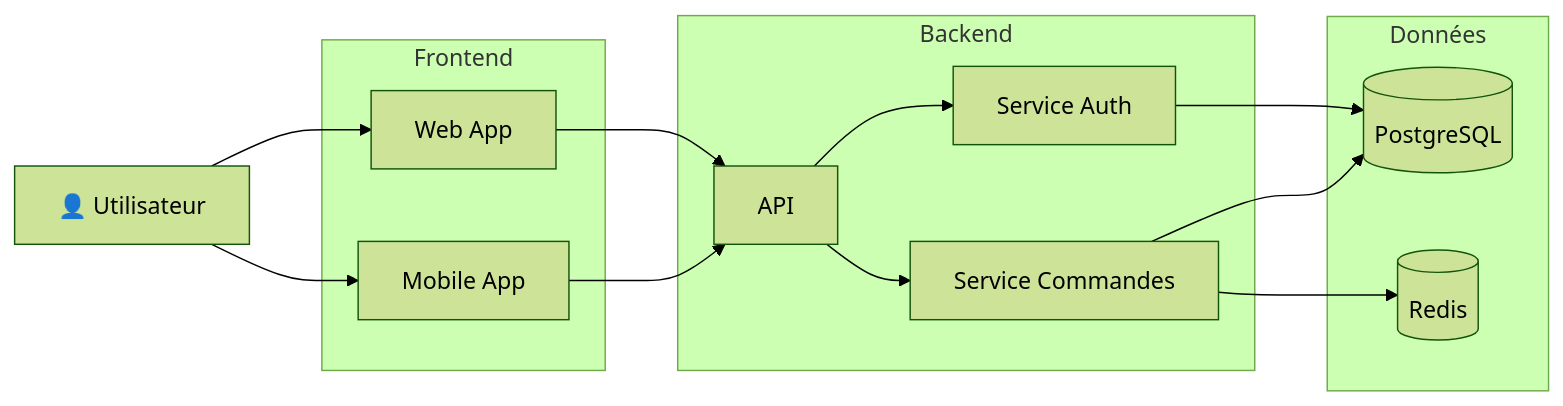
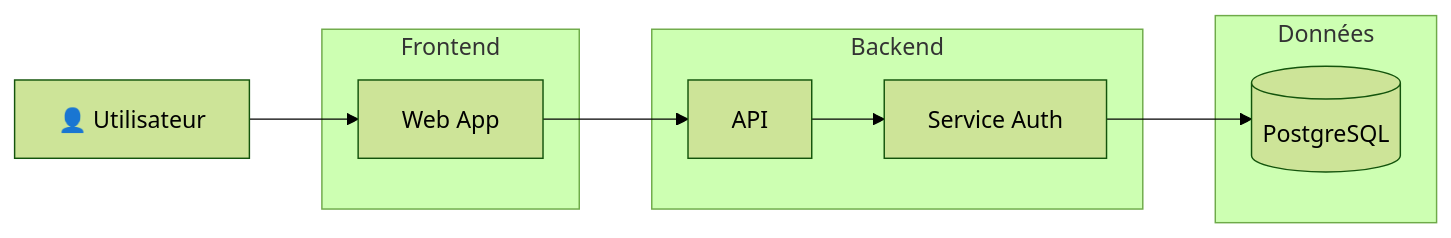
One commit to galahade-ncl/ensai-it-project-2a-team34 changed the diagram in doc/architecture_diagram.md. Above: the diagram before and after it, drawn with Mermaid (forest theme).

Commit message:
modif diagramme z

````diff
--- a/doc/architecture_diagram.md
+++ b/doc/architecture_diagram.md
@@ -1,33 +1,25 @@
 ```mermaid
 flowchart LR
     User["👤 Utilisateur"]
 
     subgraph Front["Frontend"]
         Web["Web App"]
-        Mobile["Mobile App"]
     end
 
     subgraph Backend["Backend"]
         API["API"]
         Auth["Service Auth"]
-        Orders["Service Commandes"]
     end
 
     subgraph Data["Données"]
         DB[("PostgreSQL")]
-        Cache[("Redis")]
     end
 
     User --> Web
-    User --> Mobile
 
     Web --> API
-    Mobile --> API
 
     API --> Auth
-    API --> Orders
 
     Auth --> DB
-    Orders --> DB
-    Orders --> Cache
 ```
````
